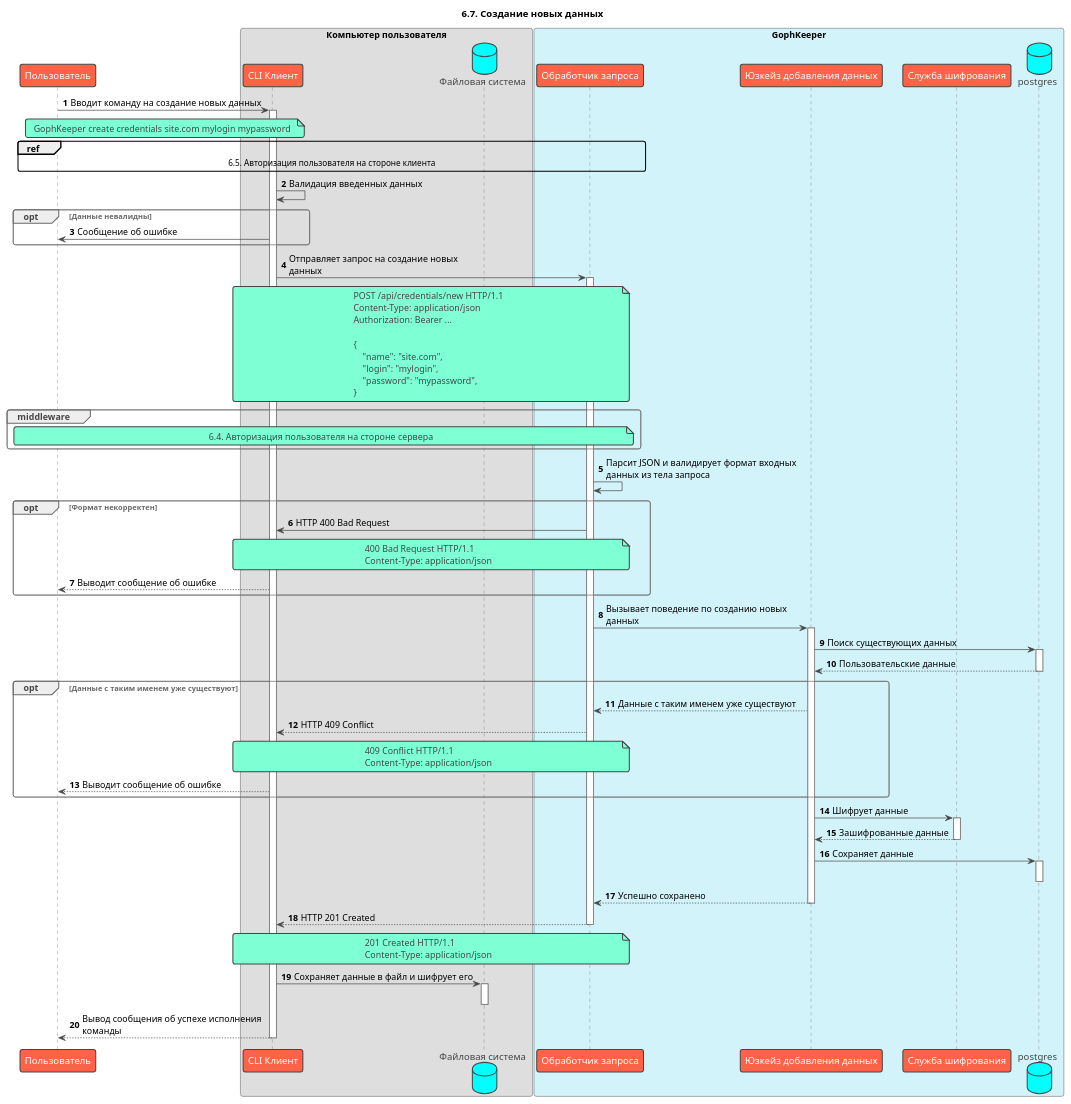
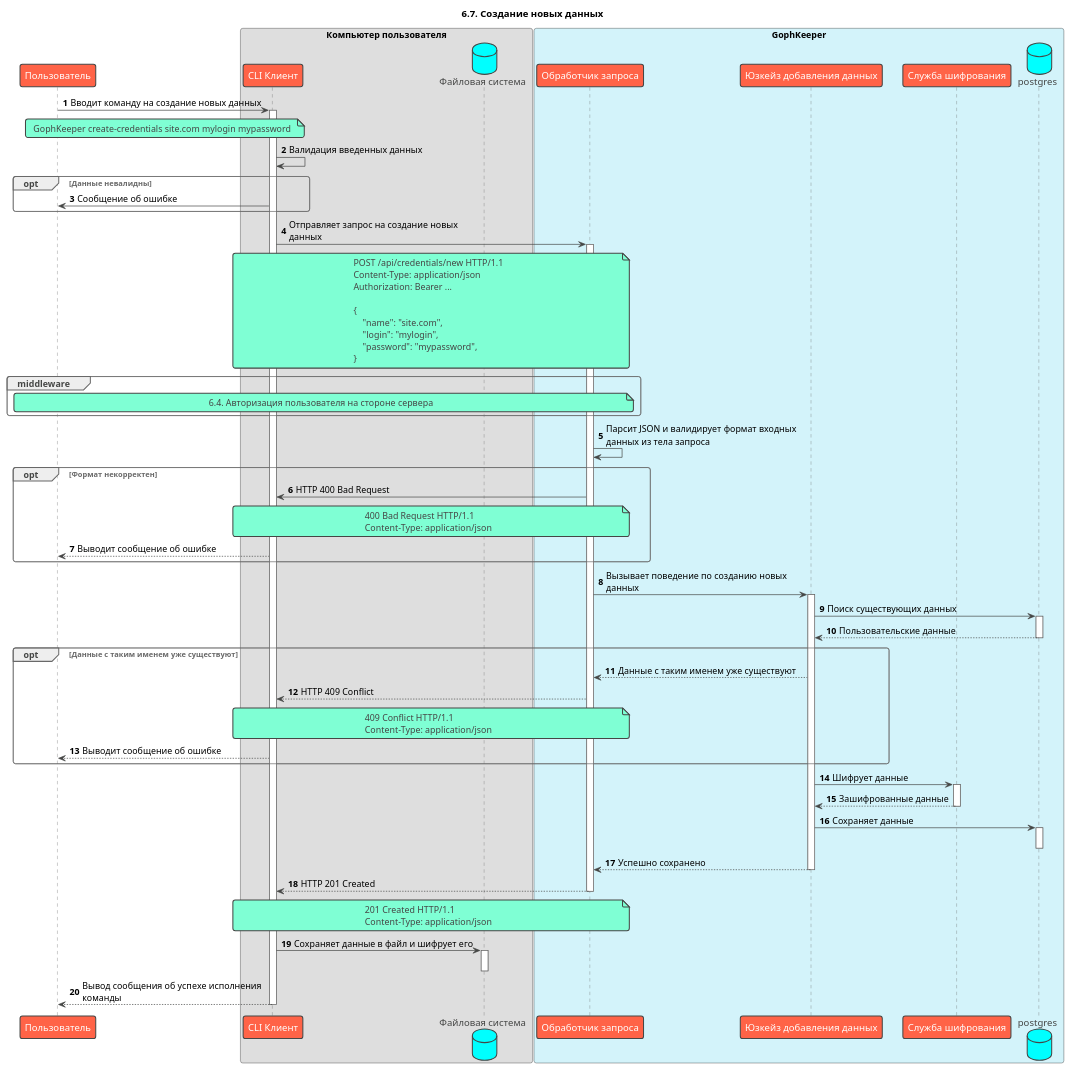
The diagram in docs/arc42/6. Runtime View/6.7 Create.puml (Nickolasll/GophKeeper), drawn with PlantUML before and after one commit. The commit also changed 83 other files, not shown here.

```diff
--- a/docs/arc42/6. Runtime View/6.7 Create.puml
+++ b/docs/arc42/6. Runtime View/6.7 Create.puml
@@ -1,93 +1,89 @@
 @startuml
 !theme vibrant
 title: 6.7. Создание новых данных
 skinparam maxMessageSize 300
 autonumber
 
 participant "Пользователь" as user
 box "Компьютер пользователя" #DEDEDE
     participant "CLI Клиент" as client
     database "Файловая система" as file
 end box
 
 box "GophKeeper" #d3f3fa
     participant "Обработчик запроса" as handler
     participant "Юзкейз добавления данных" as usecase
     participant "Служба шифрования" as crypto
     database "postgres" as db
 end box
 
 user -> client ++ : Вводит команду на создание новых данных
 note over user, client
-    GophKeeper create credentials site.com mylogin mypassword
+    GophKeeper create-credentials site.com mylogin mypassword
 end note
-
-ref over user, handler
-    6.5. Авторизация пользователя на стороне клиента
-end
 
 client -> client: Валидация введенных данных
 
 opt Данные невалидны
     client -> user: Сообщение об ошибке
 end
 
 client -> handler ++ : Отправляет запрос на создание новых данных
 note over client, handler
     POST /api/credentials/new HTTP/1.1
     Content-Type: application/json
     Authorization: Bearer ...
     
     {
         "name": "site.com",
         "login": "mylogin",
         "password": "mypassword",
     }
 end note
 
 group middleware
     note over user, handler: 6.4. Авторизация пользователя на стороне сервера
 end group
 
 handler -> handler: Парсит JSON и валидирует формат входных данных из тела запроса
 opt Формат некорректен
     handler -> client: HTTP 400 Bad Request
     note over client, handler
         400 Bad Request HTTP/1.1
         Content-Type: application/json
     end note
     client --> user: Выводит сообщение об ошибке
 end
 
 handler -> usecase ++ : Вызывает поведение по созданию новых данных
 usecase -> db ++ : Поиск существующих данных
 return Пользовательские данные
 opt Данные с таким именем уже существуют
     usecase --> handler: Данные с таким именем уже существуют
     handler --> client: HTTP 409 Conflict
     note over client, handler
         409 Conflict HTTP/1.1
         Content-Type: application/json
     end note
     client --> user: Выводит сообщение об ошибке
 end
 
 usecase -> crypto ++ : Шифрует данные
 return Зашифрованные данные
 
 usecase -> db : Сохраняет данные
 activate db
 deactivate db
 
 return Успешно сохранено
 return HTTP 201 Created
 note over client, handler
     201 Created HTTP/1.1
     Content-Type: application/json
 end note
 
 client -> file: Сохраняет данные в файл и шифрует его
 activate file
 deactivate file 
 return Вывод сообщения об успехе исполнения команды
 @enduml
```
